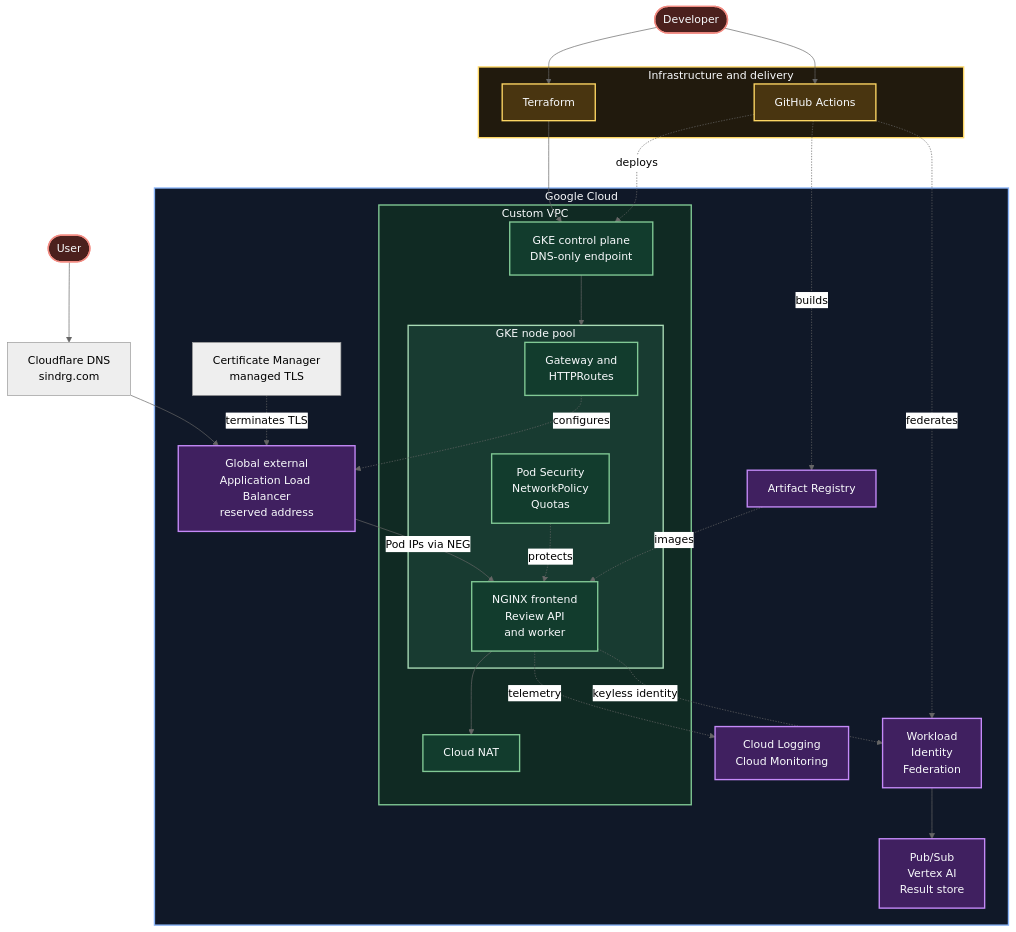
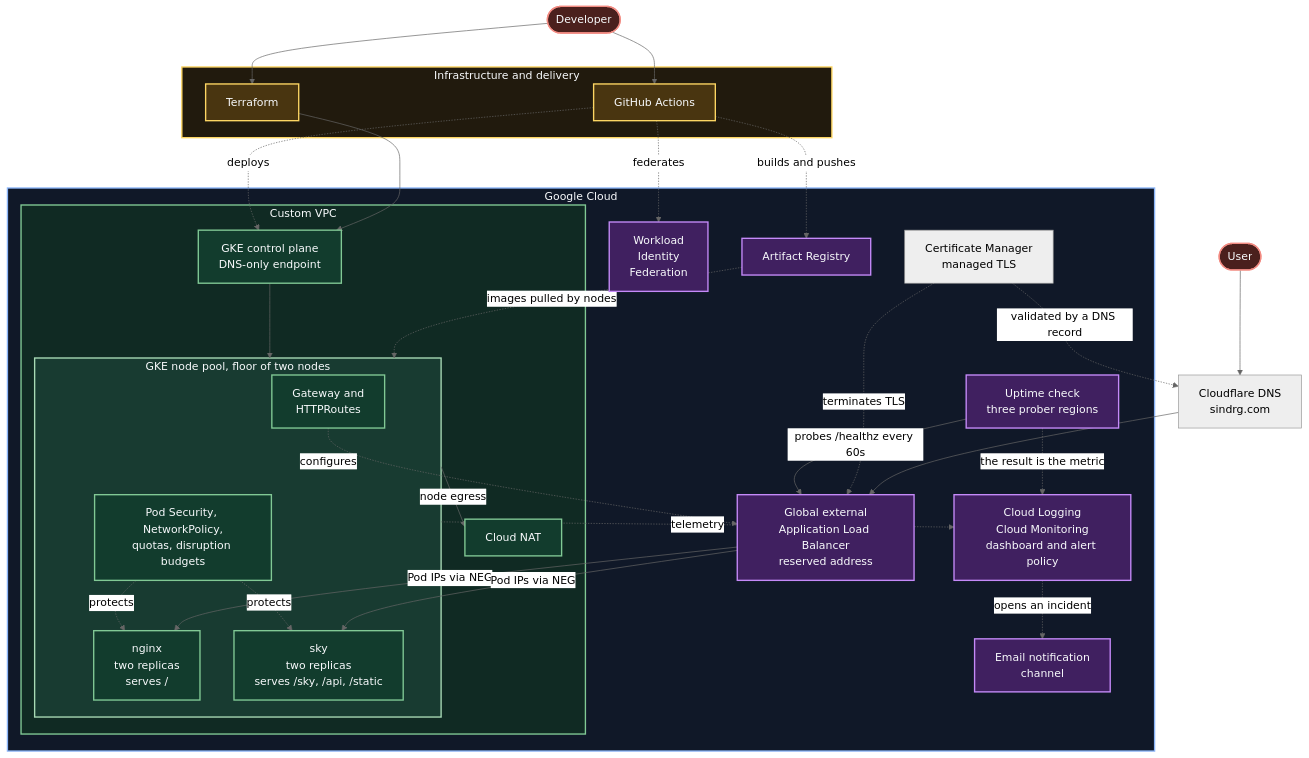
The diagram in README.md (sindredg/k8-lab), drawn with Mermaid (neutral theme) before and after one commit.

Commit message:
docs: update architecture mermaid (#49)

````diff
--- a/README.md
+++ b/README.md
@@ -11,66 +11,72 @@
 ```mermaid
 flowchart TB
     User(["User"])
     Developer(["Developer"])
     DNS["Cloudflare DNS<br/>sindrg.com"]
 
     subgraph Delivery["Infrastructure and delivery"]
         Terraform["Terraform"]
         GitHub["GitHub Actions"]
     end
 
     subgraph GCP["Google Cloud"]
         Ingress["Global external<br/>Application Load Balancer<br/>reserved address"]
         Certs["Certificate Manager<br/>managed TLS"]
         Registry["Artifact Registry"]
         Identity["Workload<br/>Identity<br/>Federation"]
-        Services["Pub/Sub<br/>Vertex AI<br/>Result store"]
-        Observability["Cloud Logging<br/>Cloud Monitoring"]
+        Uptime["Uptime check<br/>three prober regions"]
+        Observability["Cloud Logging<br/>Cloud Monitoring<br/>dashboard and alert policy"]
+        Notify["Email notification<br/>channel"]
 
         subgraph VPC["Custom VPC"]
             ControlPlane["GKE control plane<br/>DNS-only endpoint"]
 
-            subgraph Cluster["GKE node pool"]
+            subgraph Cluster["GKE node pool, floor of two nodes"]
                 Routes["Gateway and<br/>HTTPRoutes"]
-                Workloads["NGINX frontend<br/>Review API<br/>and worker"]
-                Guardrails["Pod Security<br/>NetworkPolicy<br/>Quotas"]
+                Nginx["nginx<br/>two replicas<br/>serves /"]
+                Sky["sky<br/>two replicas<br/>serves /sky, /api, /static"]
+                Guardrails["Pod Security, NetworkPolicy,<br/>quotas, disruption budgets"]
             end
 
             NAT["Cloud NAT"]
         end
     end
 
     User --> DNS
     DNS --> Ingress
     Certs -. terminates TLS .-> Ingress
-    Ingress -- "Pod IPs via NEG" --> Workloads
+    Certs -. validated by a DNS record .-> DNS
+    Ingress -- "Pod IPs via NEG" --> Nginx
+    Ingress -- "Pod IPs via NEG" --> Sky
     Routes -. configures .-> Ingress
-    Guardrails -. protects .-> Workloads
+    Guardrails -. protects .-> Nginx
+    Guardrails -. protects .-> Sky
     Developer --> Terraform
     Developer --> GitHub
     Terraform --> ControlPlane
     GitHub -. federates .-> Identity
-    GitHub -. builds .-> Registry
+    GitHub -. builds and pushes .-> Registry
     GitHub -. deploys .-> ControlPlane
-    Registry -. images .-> Workloads
+    Registry -. images pulled by nodes .-> Cluster
     ControlPlane --> Cluster
-    Workloads --> NAT
-    Workloads -. telemetry .-> Observability
-    Workloads -. keyless identity .-> Identity
-    Identity --> Services
+    Cluster -- "node egress" --> NAT
+    Cluster -. telemetry .-> Observability
+    Uptime -- "probes /healthz every 60s" --> Ingress
+    Uptime -. the result is the metric .-> Observability
+    Observability -. opens an incident .-> Notify
 
     classDef external fill:#4B201D,stroke:#F28B82,color:#F8FAFC,stroke-width:2px
     classDef delivery fill:#493510,stroke:#FDD663,color:#F8FAFC,stroke-width:2px
     classDef workload fill:#123C2D,stroke:#81C995,color:#F8FAFC,stroke-width:2px
     classDef managed fill:#402060,stroke:#C58AF9,color:#F8FAFC,stroke-width:2px
 
     class User,Developer external
     class Terraform,GitHub delivery
-    class ControlPlane,NAT,Routes,Workloads,Guardrails workload
-    class Ingress,Registry,Identity,Services,Observability managed
+    class ControlPlane,NAT,Routes,Nginx,Sky,Guardrails workload
+    class Ingress,Registry,Identity,Uptime,Observability,Notify managed
 
     style Delivery fill:#211A0D,stroke:#FDD663,color:#F8FAFC,stroke-width:2px
     style GCP fill:#101828,stroke:#8AB4F8,color:#F8FAFC,stroke-width:2px
     style VPC fill:#102A23,stroke:#81C995,color:#F8FAFC,stroke-width:2px
     style Cluster fill:#183B31,stroke:#A8DAB5,color:#F8FAFC,stroke-width:2px
 ```
````
